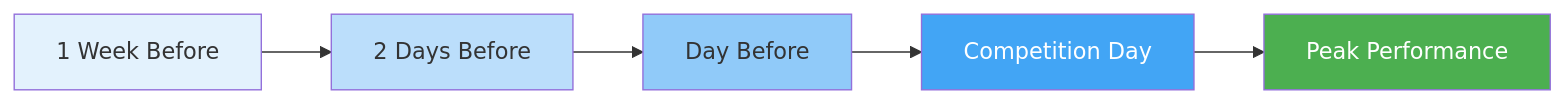
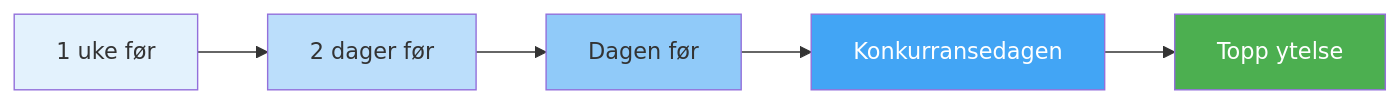
The diagram in docs/no/articles/competition-prep.md (patwii/petanque-academy), drawn with Mermaid before and after one commit. The commit also changed other lines of this file and 550 other files, not shown here.

````diff
--- a/docs/no/articles/competition-prep.md
+++ b/docs/no/articles/competition-prep.md
@@ -16,13 +16,13 @@
 ```mermaid
 flowchart LR
-    A[1 Week Before] --> B[2 Days Before]
-    B --> C[Day Before]
-    C --> D[Competition Day]
-    D --> E[Peak Performance]
+    A[1 uke før] --> B[2 dager før]
+    B --> C[Dagen før]
+    C --> D[Konkurransedagen]
+    D --> E[Topp ytelse]
 
     style A fill:#e3f2fd
     style B fill:#bbdefb
     style C fill:#90caf9
     style D fill:#42a5f5,color:#fff
     style E fill:#4CAF50,color:#fff
 ```
````
